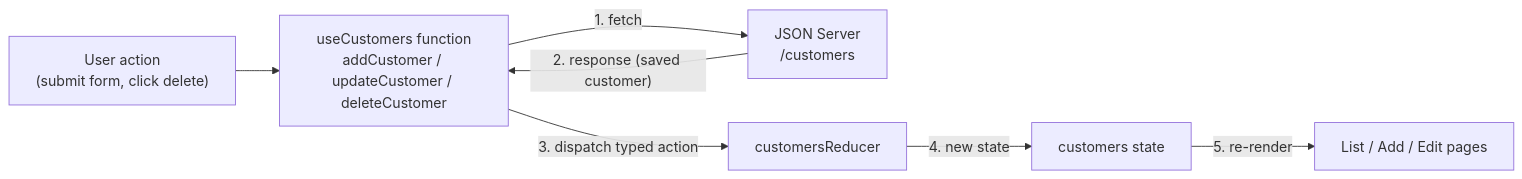
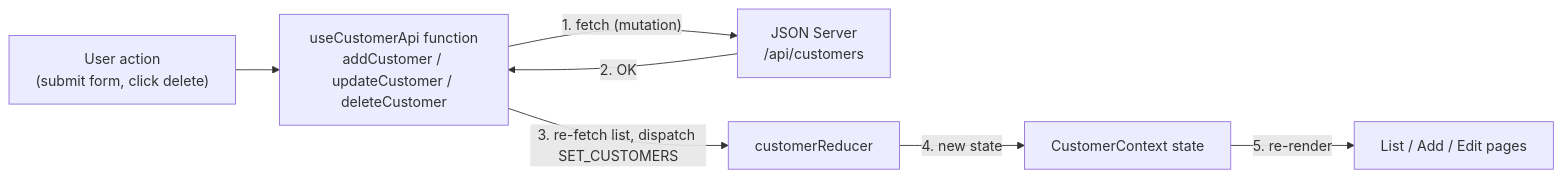
Before and after one commit to das77/fsep-cap2-cma-app: the second of 3 diagrams in customer-app/docs/ARCHITECTURE.md, drawn with Mermaid. The commit also changed other lines of this file and 2 other files, not shown here.

Commit message:
feat: Update documentation to reflect full CRUD implementation and form validation details

````diff
--- a/customer-app/docs/ARCHITECTURE.md
+++ b/customer-app/docs/ARCHITECTURE.md
@@ -67,9 +76,9 @@
 ```mermaid
 flowchart LR
-    UI["User action<br/>(submit form, click delete)"] --> Fn["useCustomers function<br/>addCustomer / updateCustomer / deleteCustomer"]
-    Fn -->|"1. fetch"| API["JSON Server<br/>/customers"]
-    API -->|"2. response (saved customer)"| Fn
-    Fn -->|"3. dispatch typed action"| Reducer["customersReducer"]
-    Reducer -->|"4. new state"| State["customers state"]
+    UI["User action<br/>(submit form, click delete)"] --> Fn["useCustomerApi function<br/>addCustomer / updateCustomer / deleteCustomer"]
+    Fn -->|"1. fetch (mutation)"| API["JSON Server<br/>/api/customers"]
+    API -->|"2. OK"| Fn
+    Fn -->|"3. re-fetch list, dispatch SET_CUSTOMERS"| Reducer["customerReducer"]
+    Reducer -->|"4. new state"| State["CustomerContext state"]
     State -->|"5. re-render"| Pages["List / Add / Edit pages"]
 ```
````
